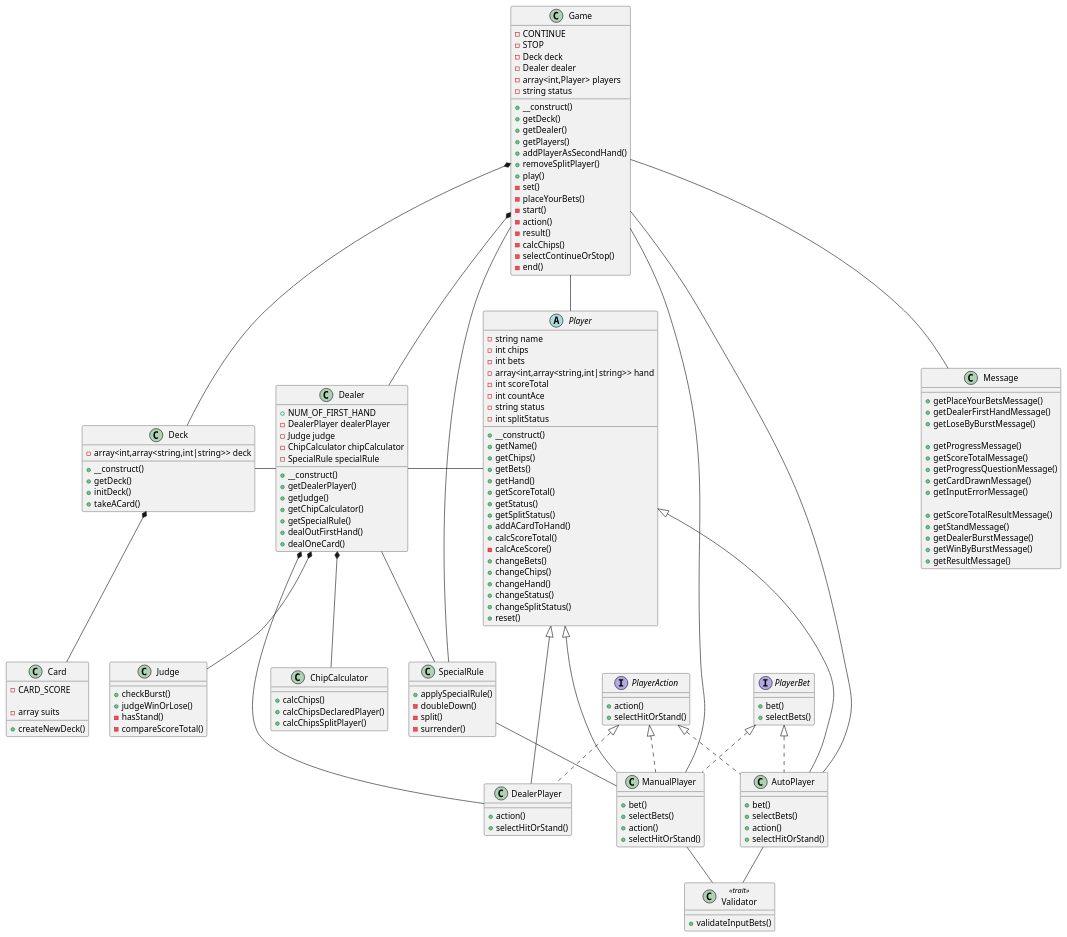
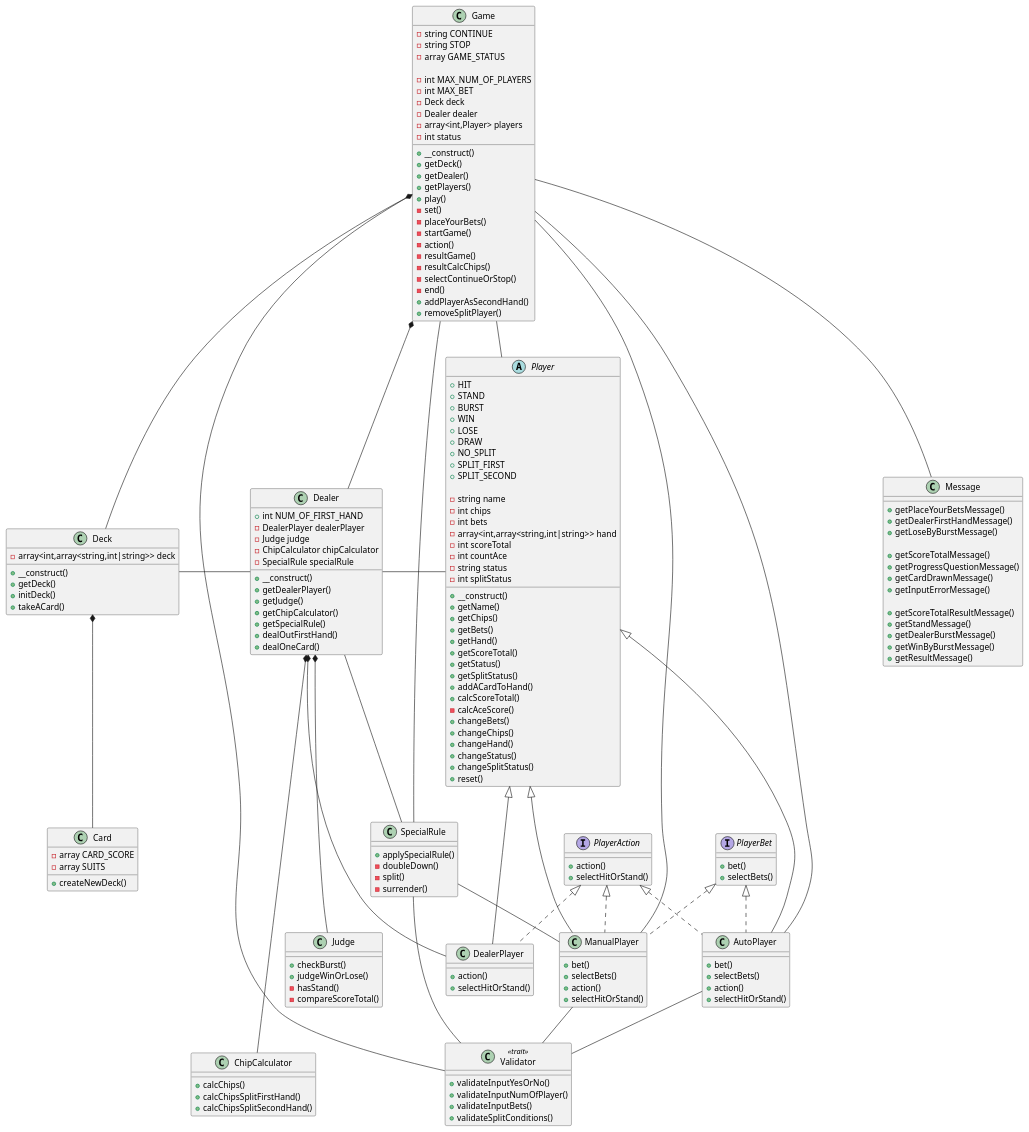
One commit to ryamate/php-oop-cli-blackjack changed the diagram in docs/class.plantuml. Above: the diagram before and after it, drawn with PlantUML. The commit also changed 19 other files, not shown here.

```diff
--- a/docs/class.plantuml
+++ b/docs/class.plantuml
@@ -1,28 +1,32 @@
 @startuml Blackjack
 
 class Game {
-  -CONTINUE
-  -STOP
+  -string CONTINUE
+  -string STOP
+  -array GAME_STATUS
+
+  -int MAX_NUM_OF_PLAYERS
+  -int MAX_BET
   -Deck deck
   -Dealer dealer
   -array<int,Player> players
-  -string status
+  -int status
 
   +__construct()
   +getDeck()
   +getDealer()
   +getPlayers()
-  +addPlayerAsSecondHand()
-  +removeSplitPlayer()
   +play()
   -set()
   -placeYourBets()
-  -start()
+  -startGame()
   -action()
-  -result()
-  -calcChips()
+  -resultGame()
+  -resultCalcChips()
   -selectContinueOrStop()
   -end()
+  +addPlayerAsSecondHand()
+  +removeSplitPlayer()
 }
 
 class Deck {
@@ -35,14 +39,14 @@
 }
 
 class Card {
-  -CARD_SCORE
+  -array CARD_SCORE
+  -array SUITS
 
-  -array suits
   +createNewDeck()
 }
 
 class Dealer {
-  +NUM_OF_FIRST_HAND
+  +int NUM_OF_FIRST_HAND
   -DealerPlayer dealerPlayer
   -Judge judge
   -ChipCalculator chipCalculator
@@ -66,8 +70,8 @@
 
 class ChipCalculator {
   +calcChips()
-  +calcChipsDeclaredPlayer()
-  +calcChipsSplitPlayer()
+  +calcChipsSplitFirstHand()
+  +calcChipsSplitSecondHand()
 }
 
 class SpecialRule {
@@ -79,6 +83,16 @@
 }
 
 abstract Player {
+  +HIT
+  +STAND
+  +BURST
+  +WIN
+  +LOSE
+  +DRAW
+  +NO_SPLIT
+  +SPLIT_FIRST
+  +SPLIT_SECOND
+
   -string name
   -int chips
   -int bets
@@ -137,7 +151,10 @@
 }
 
 class Validator <<trait>> {
+  +validateInputYesOrNo()
+  +validateInputNumOfPlayer()
   +validateInputBets()
+  +validateSplitConditions()
 }
 
 class Message {
@@ -145,7 +162,6 @@
   +getDealerFirstHandMessage()
   +getLoseByBurstMessage()
 
-  +getProgressMessage()
   +getScoreTotalMessage()
   +getProgressQuestionMessage()
   +getCardDrawnMessage()
@@ -163,11 +179,12 @@
 Game *-- Dealer
 Deck - Dealer
 Dealer - Player
-Dealer *-- Judge
-Dealer *-- ChipCalculator
+Dealer *--- Judge
+Dealer *---- ChipCalculator
 Dealer -- SpecialRule
 Game -- SpecialRule
 SpecialRule -- ManualPlayer
+SpecialRule -- Validator
 Dealer *-- DealerPlayer
 Game -- Player
 Game --- ManualPlayer
@@ -182,6 +199,7 @@
 PlayerBet <|.. AutoPlayer
 ManualPlayer -- Validator
 AutoPlayer -- Validator
+Game ----- Validator
 Game -- Message
 
 @enduml
```
